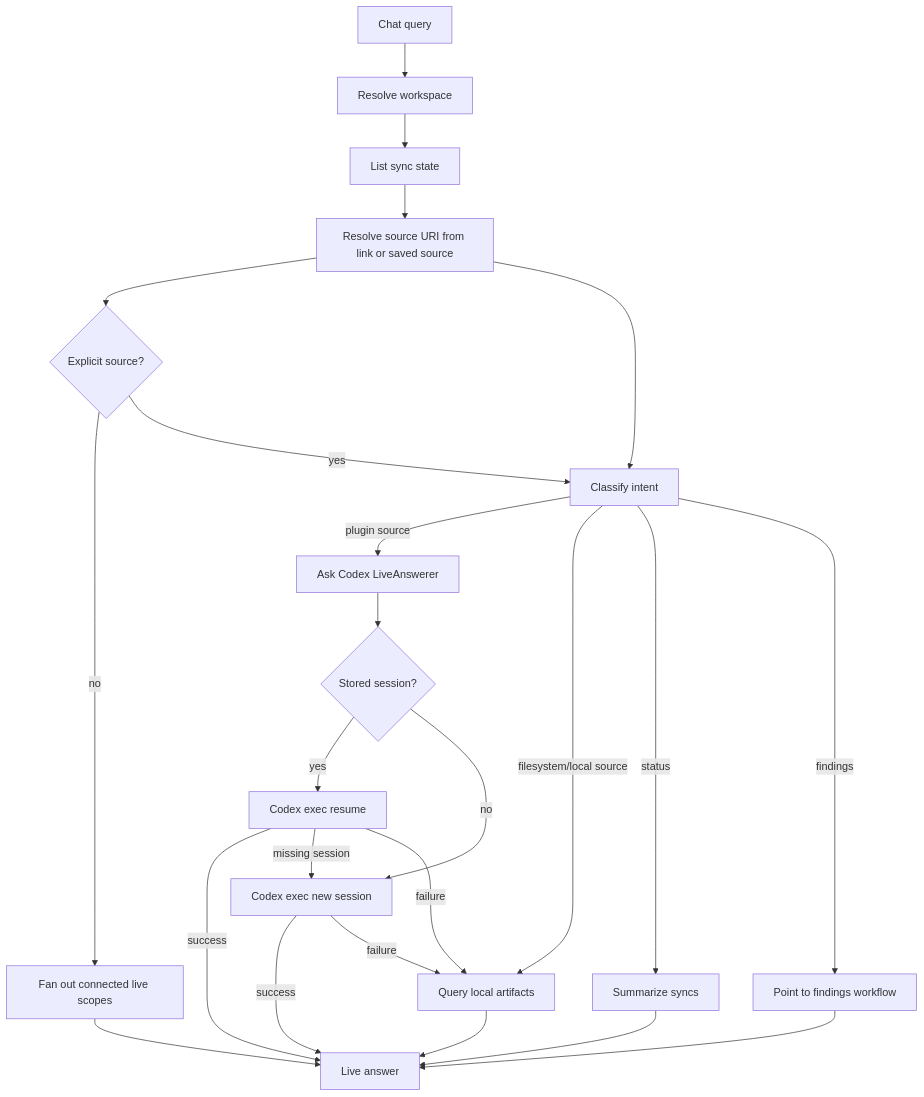
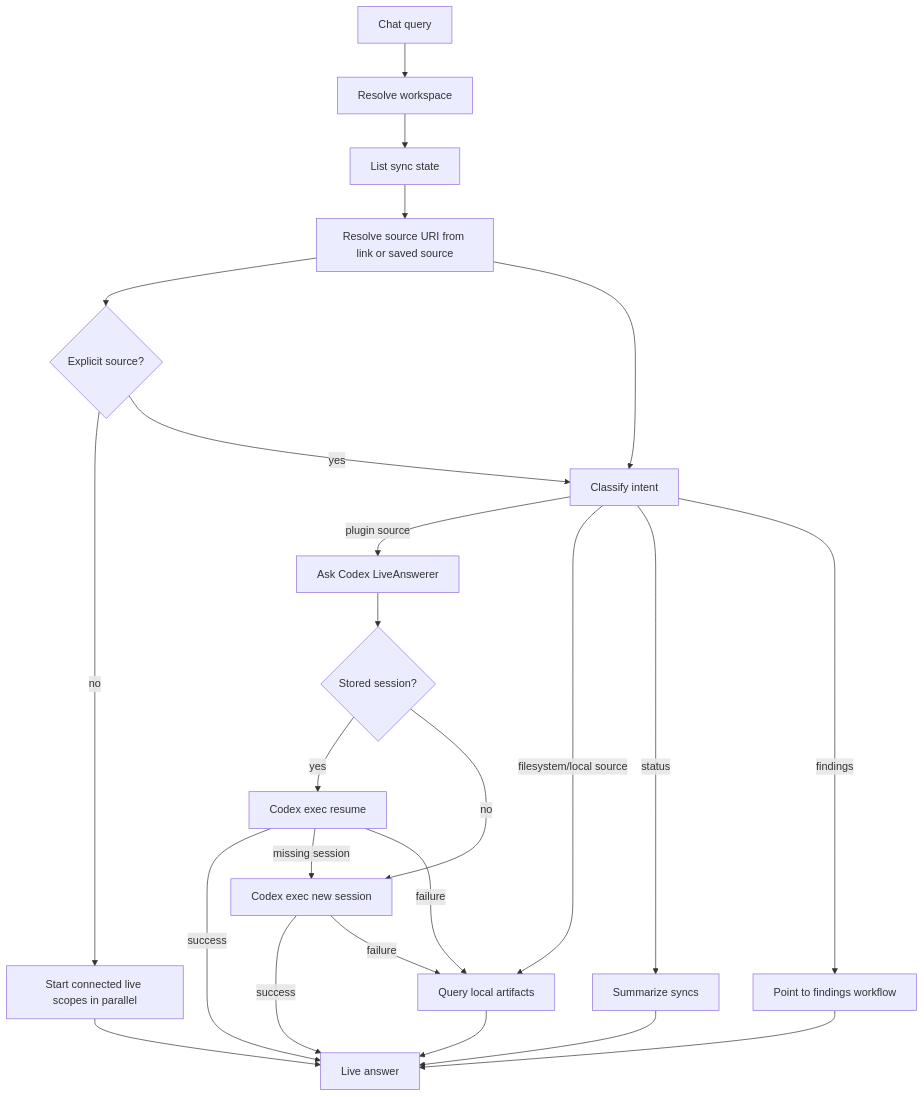
The diagram in internal/runtime/chat/README.md (sx-tane/context-os), drawn with Mermaid before and after one commit. The commit also changed other lines of this file and 36 other files, not shown here.

````diff
--- a/internal/runtime/chat/README.md
+++ b/internal/runtime/chat/README.md
@@ -24,26 +24,26 @@
 ```mermaid
 flowchart TD
   Q[Chat query] --> W[Resolve workspace]
   W --> S[List sync state]
   S --> M[Resolve source URI from link or saved source]
   M --> X{Explicit source?}
-  X -->|no| Z[Fan out connected live scopes]
+  X -->|no| Z[Start connected live scopes in parallel]
   X -->|yes| I[Classify intent]
   Z --> R
   M --> I[Classify intent]
   I -->|plugin source| C[Ask Codex LiveAnswerer]
   C --> N{Stored session?}
   N -->|yes| V[Codex exec resume]
   N -->|no| E[Codex exec new session]
   V -->|success| R[Live answer]
   E -->|success| R
   V -->|missing session| E
   V -->|failure| A[Query local artifacts]
   E -->|failure| A
   I -->|filesystem/local source| A
   A --> R
   I -->|status| T[Summarize syncs]
   I -->|findings| F[Point to findings workflow]
   T --> R
   F --> R
 ```
````
